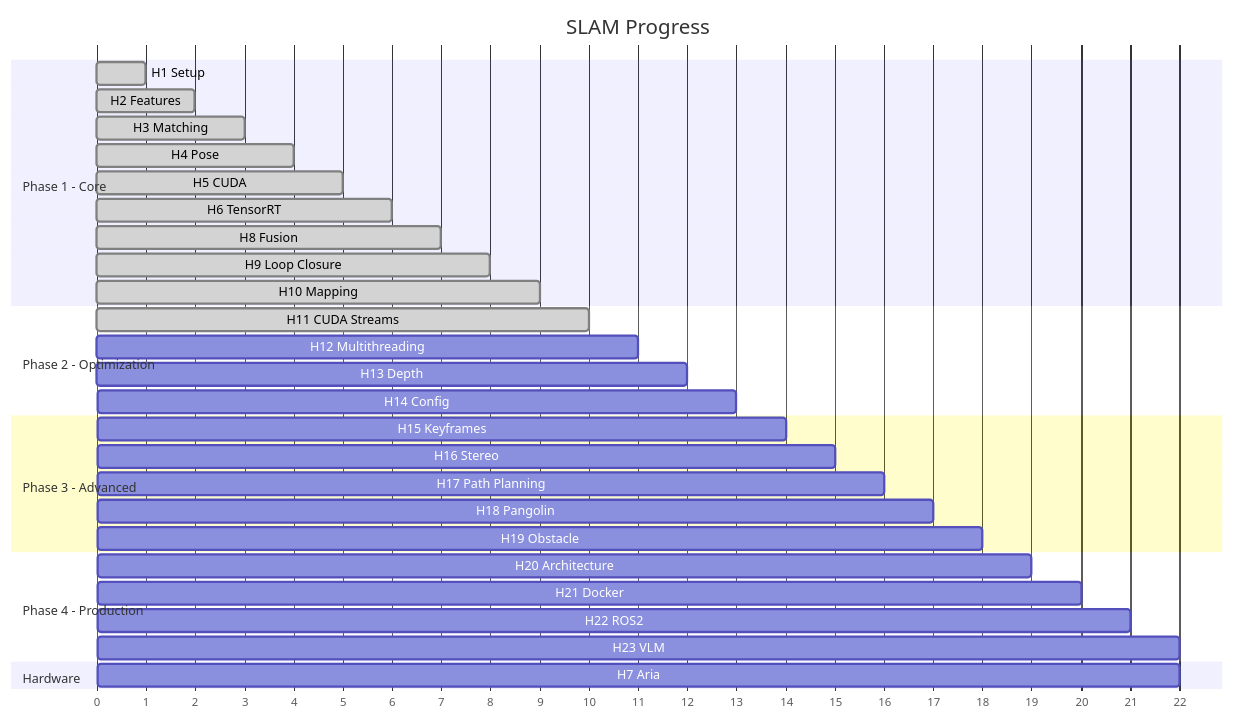
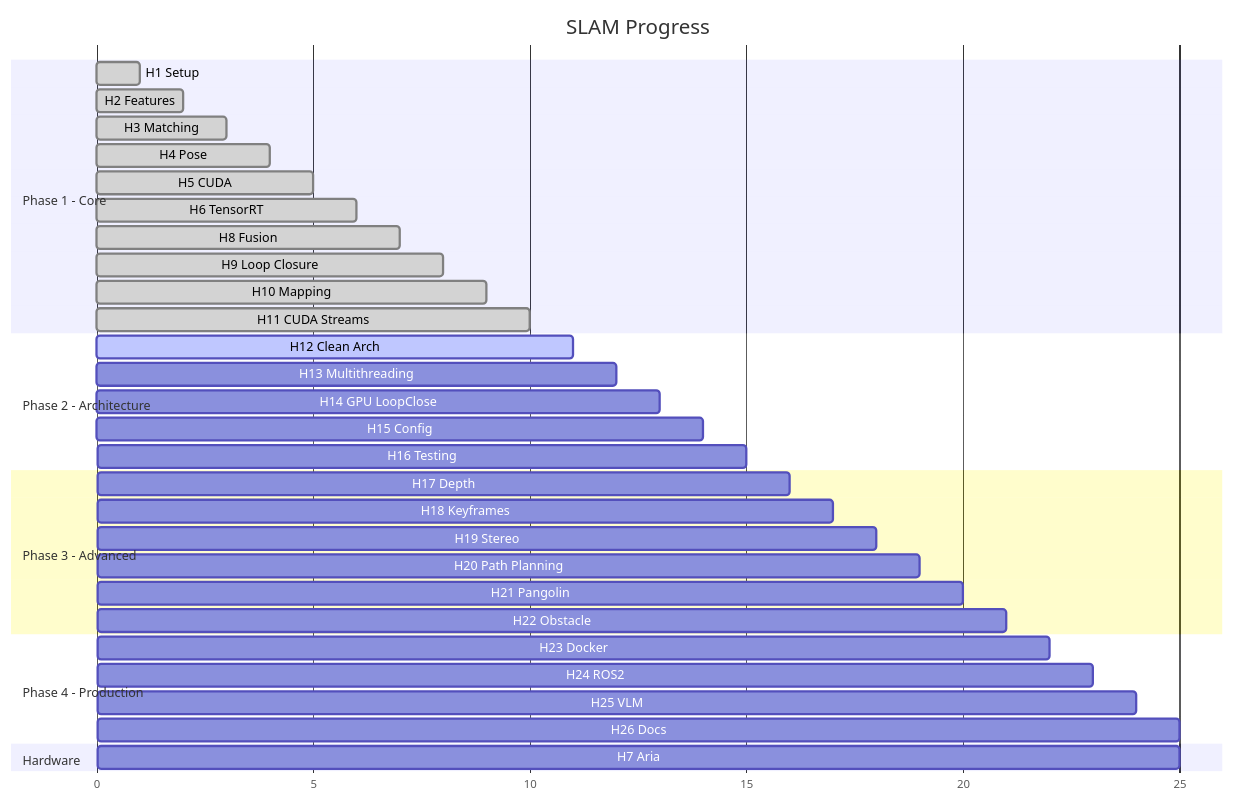
One commit to robertteleng/aria-slam changed diagram 15 of 15 in README.md. Above: the diagram before and after it, drawn with Mermaid. The commit also changed other lines of this file and 3 other files, not shown here.

First line of the commit message:
docs: reorganize milestones and add H12-H13 architecture design

````diff
--- a/README.md
+++ b/README.md
@@ -603,39 +737,42 @@
 ```mermaid
 gantt
     title SLAM Progress
     dateFormat X
     axisFormat %s
 
     section Phase 1 - Core
     H1 Setup           :done, h1, 0, 1
     H2 Features        :done, h2, 1, 2
     H3 Matching        :done, h3, 2, 3
     H4 Pose            :done, h4, 3, 4
     H5 CUDA            :done, h5, 4, 5
     H6 TensorRT        :done, h6, 5, 6
     H8 Fusion          :done, h8, 6, 7
     H9 Loop Closure    :done, h9, 7, 8
     H10 Mapping        :done, h10, 8, 9
+    H11 CUDA Streams   :done, h11, 9, 10
 
-    section Phase 2 - Optimization
-    H11 CUDA Streams   :done, h11, 9, 10
-    H12 Multithreading :h12, 10, 11
-    H13 Depth          :h13, 11, 12
-    H14 Config         :h14, 12, 13
+    section Phase 2 - Architecture
+    H12 Clean Arch     :active, h12, 10, 11
+    H13 Multithreading :h13, 11, 12
+    H14 GPU LoopClose  :h14, 12, 13
+    H15 Config         :h15, 13, 14
+    H16 Testing        :h16, 14, 15
 
     section Phase 3 - Advanced
-    H15 Keyframes      :h15, 13, 14
-    H16 Stereo         :h16, 14, 15
-    H17 Path Planning  :h17, 15, 16
-    H18 Pangolin       :h18, 16, 17
-    H19 Obstacle       :h19, 17, 18
+    H17 Depth          :h17, 15, 16
+    H18 Keyframes      :h18, 16, 17
+    H19 Stereo         :h19, 17, 18
+    H20 Path Planning  :h20, 18, 19
+    H21 Pangolin       :h21, 19, 20
+    H22 Obstacle       :h22, 20, 21
 
     section Phase 4 - Production
-    H20 Architecture   :h20, 18, 19
-    H21 Docker         :h21, 19, 20
-    H22 ROS2           :h22, 20, 21
-    H23 VLM            :h23, 21, 22
+    H23 Docker         :h23, 21, 22
+    H24 ROS2           :h24, 22, 23
+    H25 VLM            :h25, 23, 24
+    H26 Docs           :h26, 24, 25
 
     section Hardware
-    H7 Aria            :h7, 21, 22
+    H7 Aria            :h7, 24, 25
 ```
````
